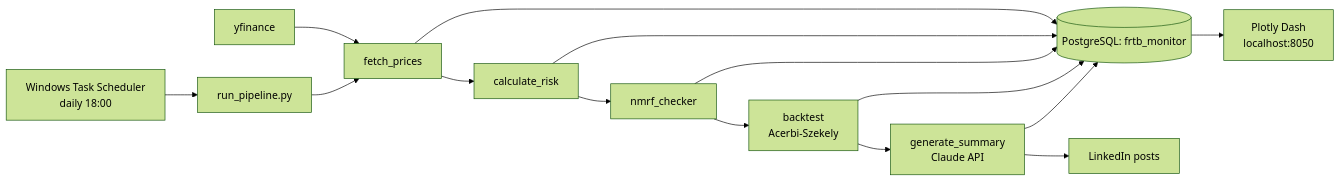
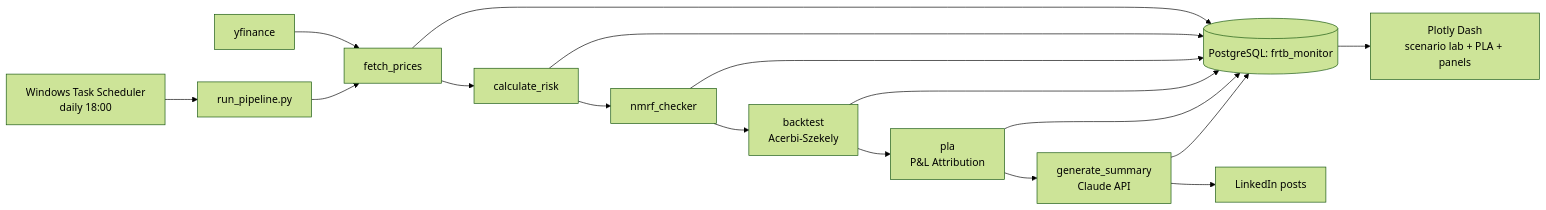
The diagram in README.md (marksguo/frtb-ima-risk-monitor), drawn with Mermaid (forest theme) before and after one commit. The commit also changed other lines of this file and 11 other files, not shown here.

First line of the commit message:
Add interactive Scenario Lab and FRTB P&L Attribution (PLA) test

````diff
--- a/README.md
+++ b/README.md
@@ -131,17 +155,19 @@
 ```mermaid
 flowchart LR
     SCHED["Windows Task Scheduler<br/>daily 18:00"] --> RUN["run_pipeline.py"]
     YF["yfinance"] --> FETCH["fetch_prices"]
     RUN --> FETCH
     FETCH --> CALC["calculate_risk"]
     CALC --> NMRF["nmrf_checker"]
     NMRF --> BT["backtest<br/>Acerbi-Szekely"]
-    BT --> NARR["generate_summary<br/>Claude API"]
+    BT --> PLA["pla<br/>P&L Attribution"]
+    PLA --> NARR["generate_summary<br/>Claude API"]
     FETCH --> DB[("PostgreSQL: frtb_monitor")]
     CALC --> DB
     NMRF --> DB
     BT --> DB
+    PLA --> DB
     NARR --> DB
-    DB --> DASH["Plotly Dash<br/>localhost:8050"]
+    DB --> DASH["Plotly Dash<br/>scenario lab + PLA + panels"]
     NARR --> LI["LinkedIn posts"]
 ```
````
